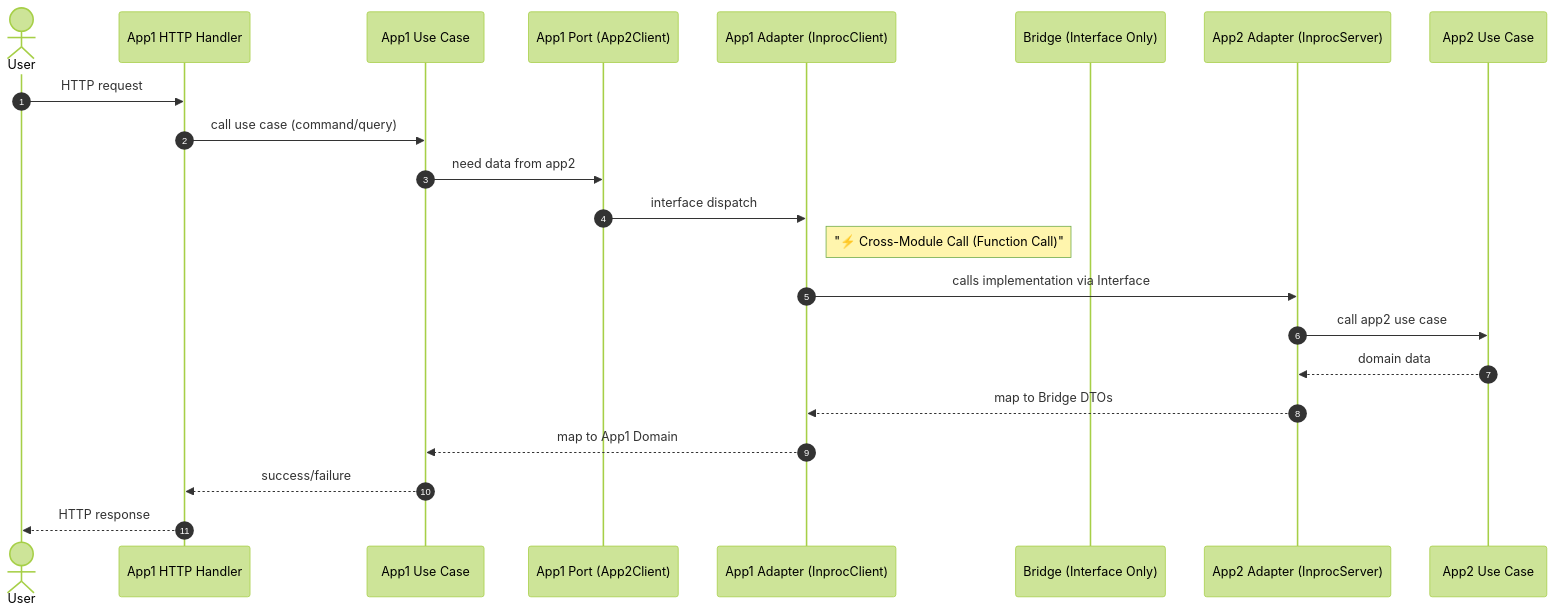
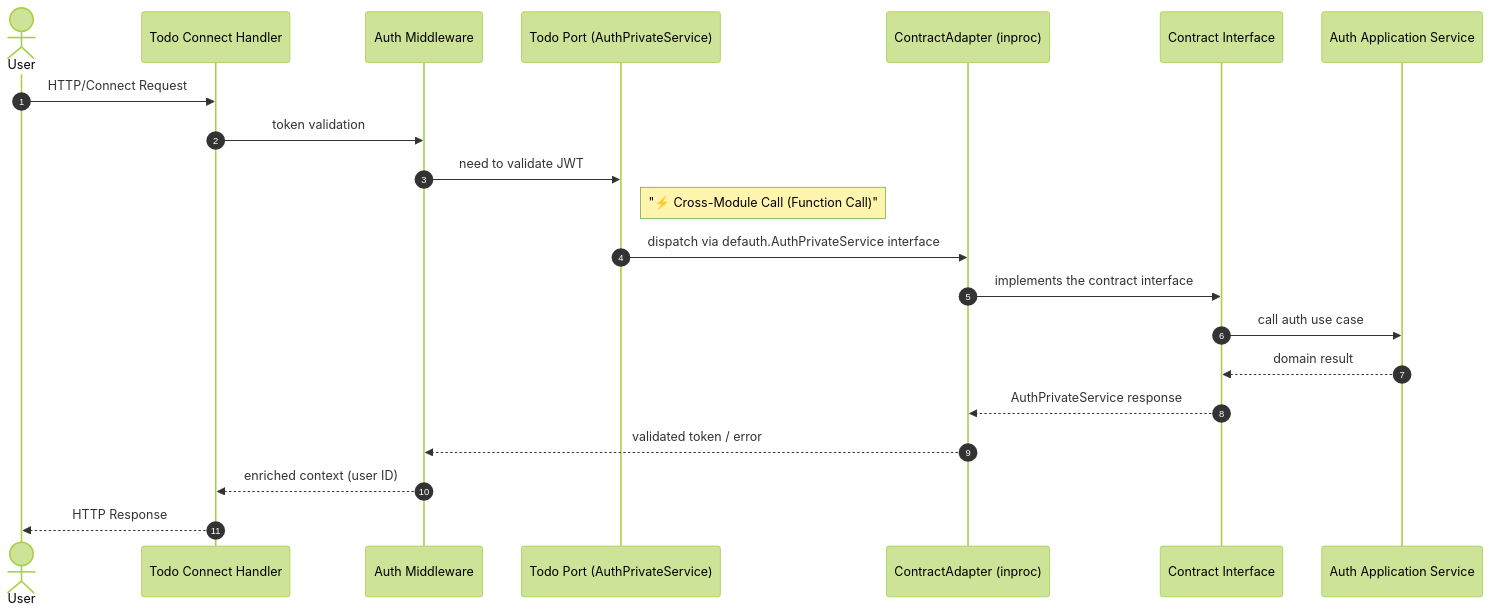
One commit to pivaldi/blog.piprime.fr changed the diagram in hexo/source/_posts/en/innovative-go-modular-monolith-architecture.md. Above: the diagram before and after it, drawn with Mermaid (forest theme). The commit also changed other lines of this file and 3 other files, not shown here.

Commit message:
innovative-go-modular-monolith-architecture

````diff
--- a/hexo/source/_posts/en/innovative-go-modular-monolith-architecture.md
+++ b/hexo/source/_posts/en/innovative-go-modular-monolith-architecture.md
@@ -63,27 +75,26 @@
 ```mermaid
 sequenceDiagram
     autonumber
     actor User
-    participant H1 as App1 HTTP Handler
-    participant U1 as App1 Use Case
-    participant P  as App1 Port (App2Client)
-    participant I  as App1 Adapter (InprocClient)
-    participant B  as Bridge (Interface Only)
-    participant S2 as App2 Adapter (InprocServer)
-    participant U2 as App2 Use Case
+    participant H as Todo Connect Handler
+    participant M as Auth Middleware
+    participant P  as Todo Port (AuthPrivateService)
+    participant I  as ContractAdapter (inproc)
+    participant C  as Contract Interface
+    participant S  as Auth Application Service
 
-    User->>H1: HTTP request
-    H1->>U1: call use case (command/query)
-    U1->>P: need data from app2
-    P->>I: interface dispatch
+    User->>H: HTTP/Connect Request
+    H->>M: token validation
+    M->>P: need to validate JWT
 
-    note right of I: "⚡ Cross-Module Call (Function Call)"
+    note right of P: "⚡ Cross-Module Call (Function Call)"
 
-    I->>S2: calls implementation via Interface
-    S2->>U2: call app2 use case
-    U2-->>S2: domain data
-    S2-->>I: map to Bridge DTOs
-    I-->>U1: map to App1 Domain
-    U1-->>H1: success/failure
-    H1-->>User: HTTP response
+    P->>I: dispatch via defauth.AuthPrivateService interface
+    I->>C: implements the contract interface
+    C->>S: call auth use case
+    S-->>C: domain result
+    C-->>I: AuthPrivateService response
+    I-->>M: validated token / error
+    M-->>H: enriched context (user ID)
+    H-->>User: HTTP Response
 ```
````
